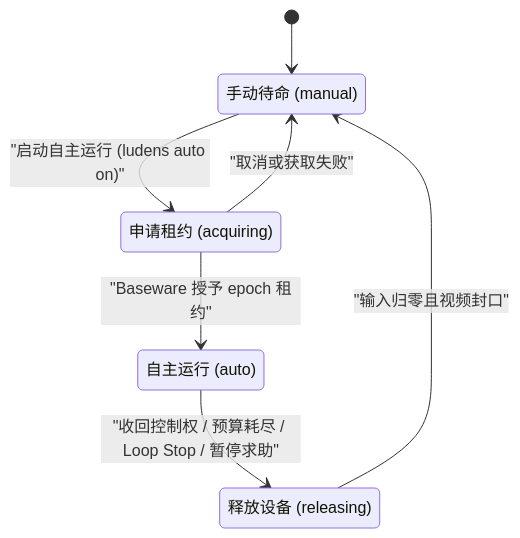
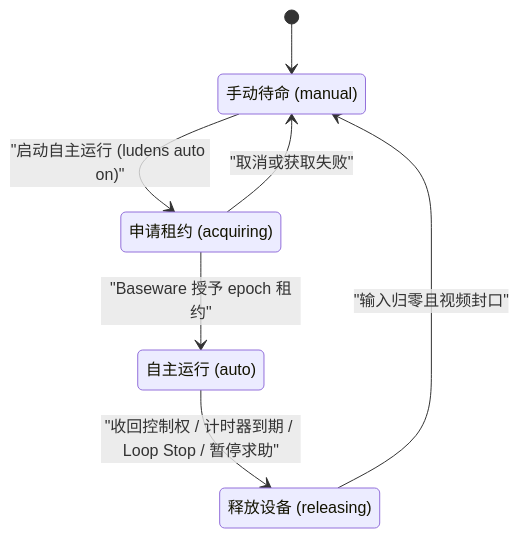
Before and after one commit to Arkevo-Lab/Ludens: the diagram in docs/zh/concepts/loop-and-control.md, drawn with Mermaid. The commit also changed other lines of this file and 116 other files, not shown here.

````diff
--- a/docs/zh/concepts/loop-and-control.md
+++ b/docs/zh/concepts/loop-and-control.md
@@ -48,14 +48,14 @@
 ```mermaid
 stateDiagram-v2
     state "手动待命 (manual)" as manual
     state "申请租约 (acquiring)" as acquiring
     state "自主运行 (auto)" as auto
     state "释放设备 (releasing)" as releasing
 
     [*] --> manual
     manual --> acquiring : "启动自主运行 (ludens auto on)"
     acquiring --> auto : "Baseware 授予 epoch 租约"
     acquiring --> manual : "取消或获取失败"
-    auto --> releasing : "收回控制权 / 预算耗尽 / Loop Stop / 暂停求助"
+    auto --> releasing : "收回控制权 / 计时器到期 / Loop Stop / 暂停求助"
     releasing --> manual : "输入归零且视频封口"
 ```
````
